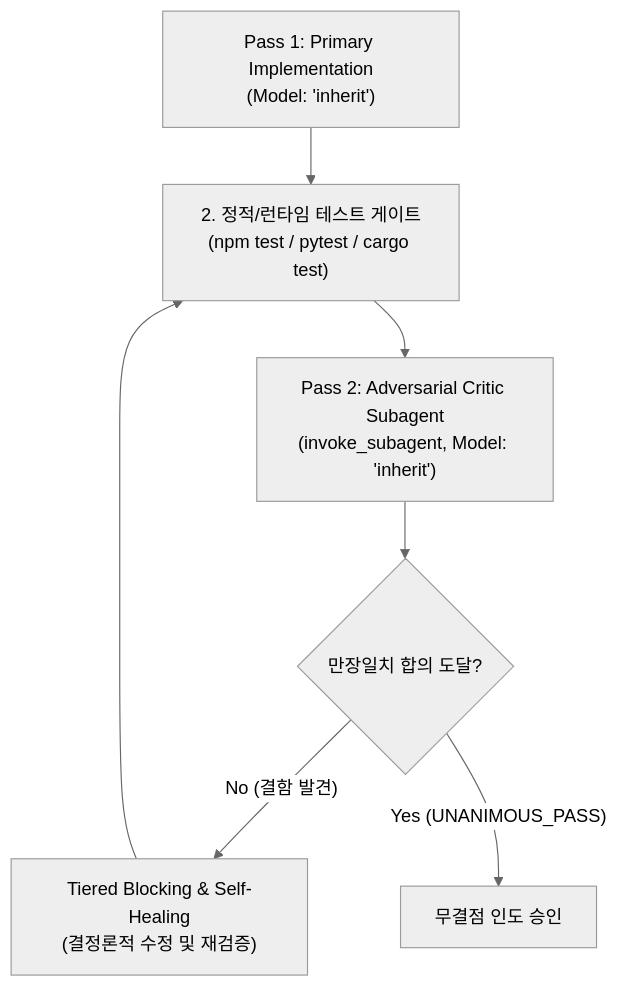
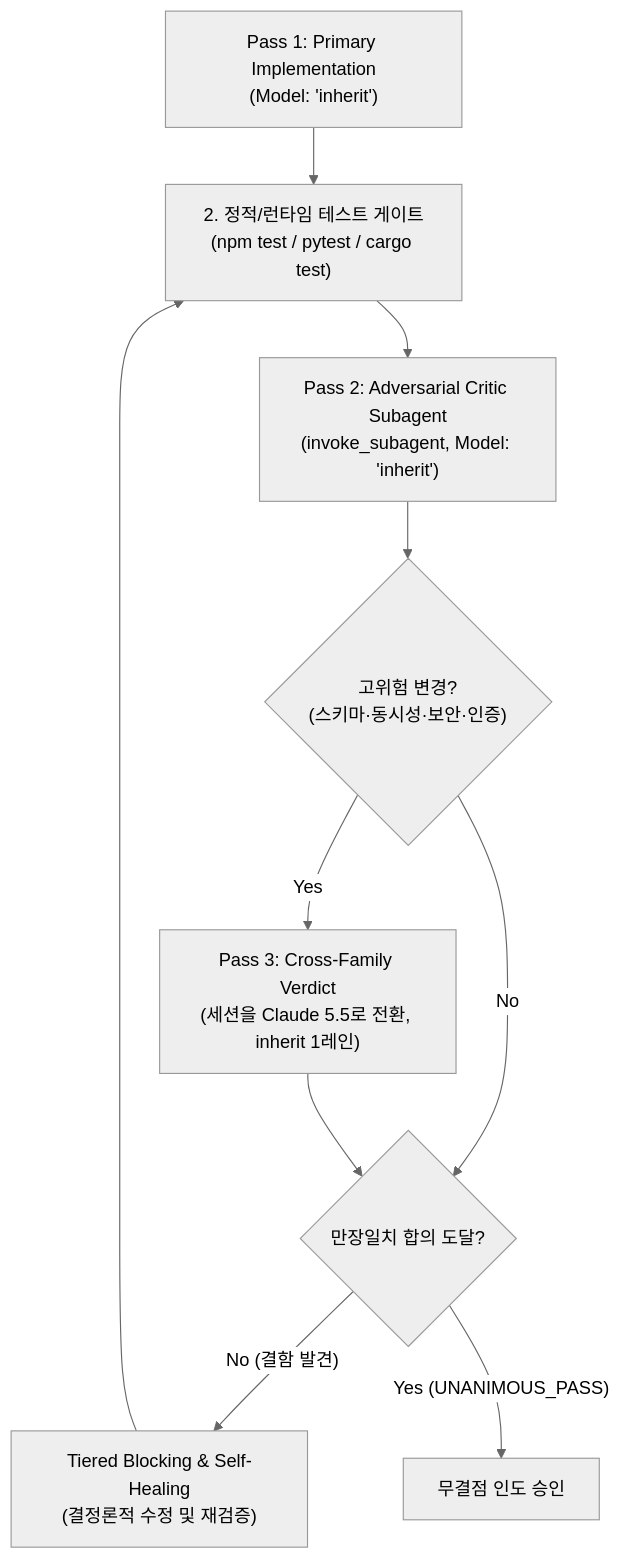
One commit to daeryundf2-prog/lazyargon changed the diagram in skills/ulw/references/dual-verify.md. Above: the diagram before and after it, drawn with Mermaid (neutral theme). The commit also changed other lines of this file and 20 other files, not shown here.

````diff
--- a/skills/ulw/references/dual-verify.md
+++ b/skills/ulw/references/dual-verify.md
@@ -10,9 +10,12 @@
 ```mermaid
 flowchart TD
     Implement["Pass 1: Primary Implementation<br/>(Model: 'inherit')"] --> Audit["2. 정적/런타임 테스트 게이트<br/>(npm test / pytest / cargo test)"]
     Audit --> Critic["Pass 2: Adversarial Critic Subagent<br/>(invoke_subagent, Model: 'inherit')"]
-    Critic --> Consensus{"만장일치 합의 도달?"}
+    Critic --> Risk{"고위험 변경?<br/>(스키마·동시성·보안·인증)"}
+    Risk -- "Yes" --> Cross["Pass 3: Cross-Family Verdict<br/>(세션을 Claude 5.5로 전환, inherit 1레인)"]
+    Risk -- "No" --> Consensus
+    Cross --> Consensus{"만장일치 합의 도달?"}
     Consensus -- "No (결함 발견)" --> Heal["Tiered Blocking & Self-Healing<br/>(결정론적 수정 및 재검증)"]
     Heal --> Audit
     Consensus -- "Yes (UNANIMOUS_PASS)" --> Pass["무결점 인도 승인"]
 ```
````
